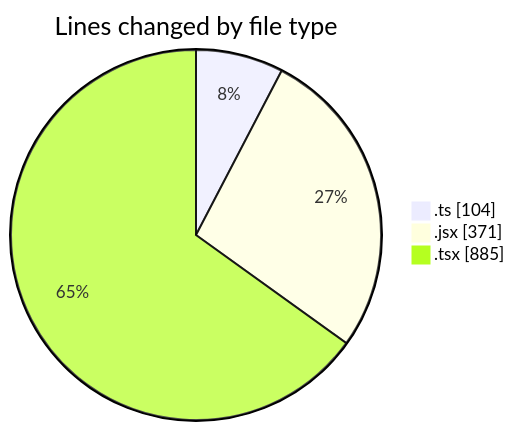
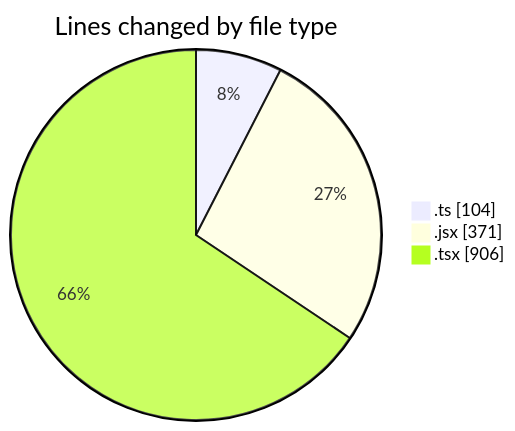
Before and after one commit to robertbonfada/code-tracking: the first of 2 diagrams in 2025-02-08/termonied-web/README.md, drawn with Mermaid. The commit also changed other lines of this file and 1 other file, not shown here.

````diff
--- a/2025-02-08/termonied-web/README.md
+++ b/2025-02-08/termonied-web/README.md
@@ -28,7 +28,7 @@
 ```mermaid
 pie showData
 title Lines changed by file type
 ".ts" : 104
 ".jsx" : 371
-".tsx" : 885
+".tsx" : 906
 ```
````
